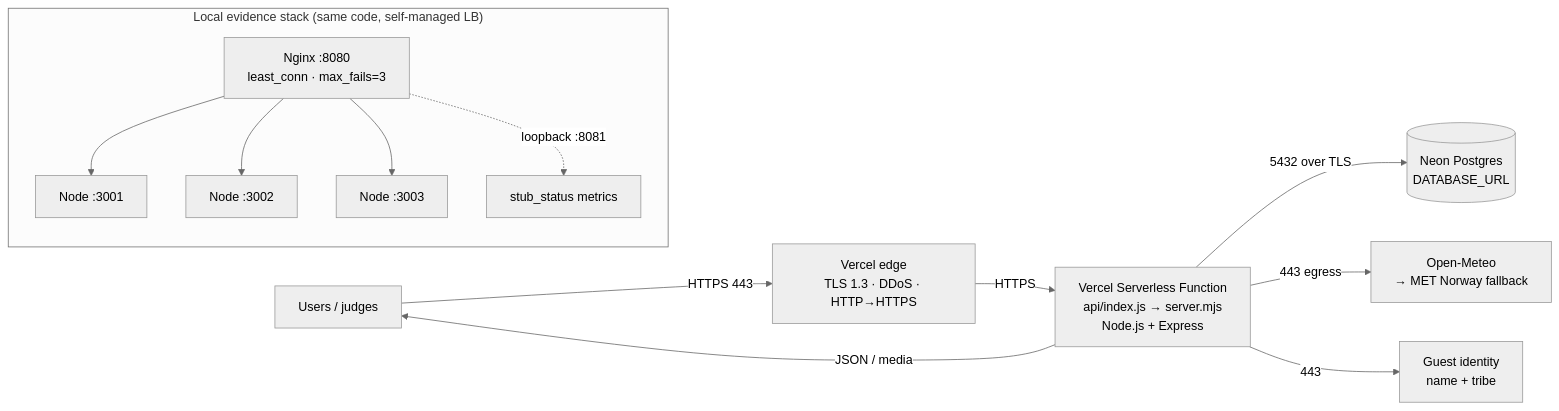
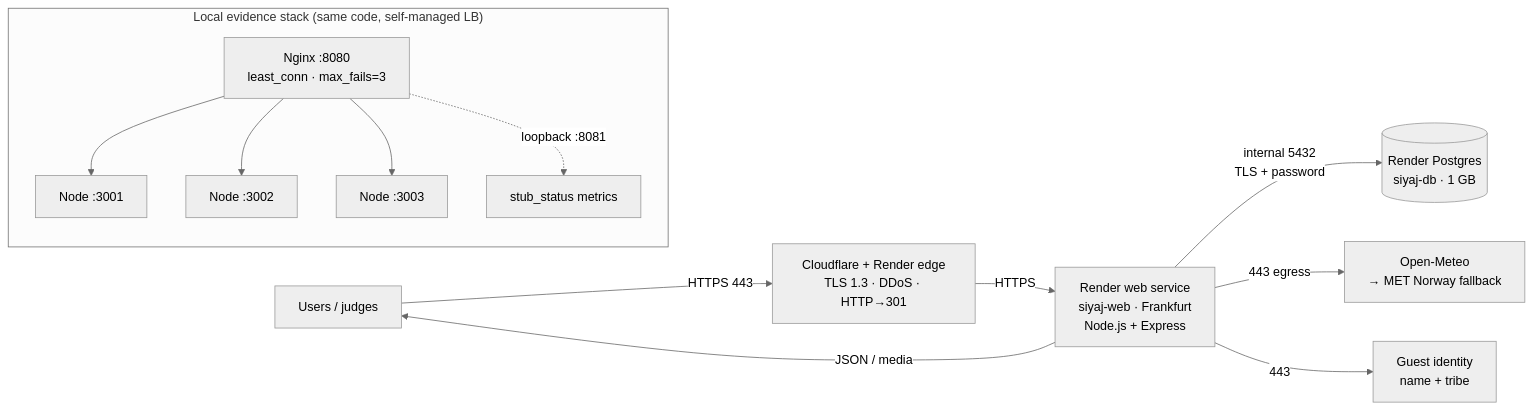
Before and after one commit to MrTHNR67/hussin-web: the diagram in docs/architecture-blueprint.md, drawn with Mermaid (neutral theme). The commit also changed other lines of this file and 12 other files, not shown here.

````diff
--- a/docs/architecture-blueprint.md
+++ b/docs/architecture-blueprint.md
@@ -37,16 +37,16 @@
 ```mermaid
 flowchart LR
-  U["Users / judges"] -->|"HTTPS 443"| E["Vercel edge<br/>TLS 1.3 · DDoS · HTTP→HTTPS"]
-  E -->|"HTTPS"| A["Vercel Serverless Function<br/>api/index.js → server.mjs<br/>Node.js + Express"]
-  A -->|"5432 over TLS"| DB[("Neon Postgres<br/>DATABASE_URL")]
+  U["Users / judges"] -->|"HTTPS 443"| E["Cloudflare + Render edge<br/>TLS 1.3 · DDoS · HTTP→301"]
+  E -->|"HTTPS"| A["Render web service<br/>siyaj-web · Frankfurt<br/>Node.js + Express"]
+  A -->|"internal 5432<br/>TLS + password"| DB[("Render Postgres<br/>siyaj-db · 1 GB")]
   A -->|"443 egress"| WX["Open-Meteo<br/>→ MET Norway fallback"]
   A -->|"443"| I["Guest identity<br/>name + tribe"]
   A -->|"JSON / media"| U
 
   subgraph LOCAL["Local evidence stack (same code, self-managed LB)"]
     N["Nginx :8080<br/>least_conn · max_fails=3"] --> R1["Node :3001"]
     N --> R2["Node :3002"]
     N --> R3["Node :3003"]
     N -.->|"loopback :8081"| M["stub_status metrics"]
   end
 ```
````
